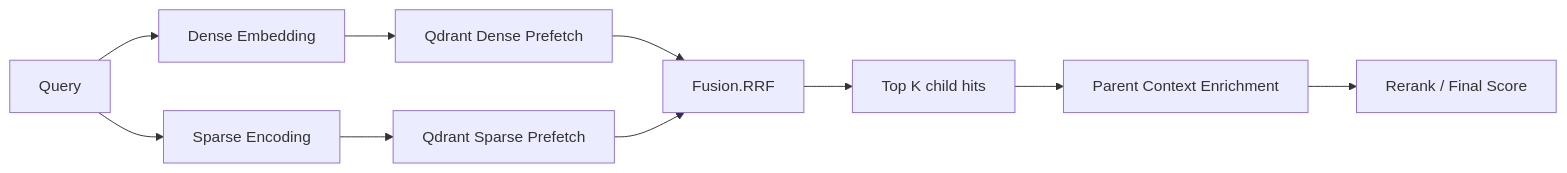
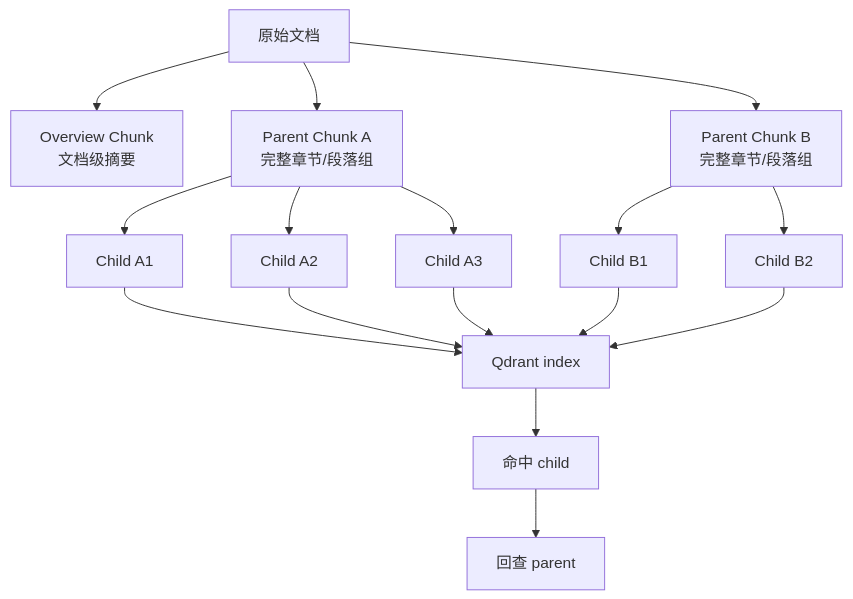
Diagram 13 of 27 in agent面试.md (Ordish-cell/InsightGap-Agent), drawn with Mermaid before and after one commit. The commit also changed other lines of this file and 16 other files, not shown here.

````diff
--- a/agent面试.md
+++ b/agent面试.md
@@ -1744,12 +955,18 @@
 ```mermaid
-flowchart LR
-    Q["Query"] --> DE["Dense Embedding"]
-    Q --> SE["Sparse Encoding"]
-    DE --> DP["Qdrant Dense Prefetch"]
-    SE --> SP["Qdrant Sparse Prefetch"]
-    DP --> RRF["Fusion.RRF"]
-    SP --> RRF
-    RRF --> TOP["Top K child hits"]
-    TOP --> PARENT["Parent Context Enrichment"]
-    PARENT --> RERANK["Rerank / Final Score"]
+flowchart TD
+    D["原始文档"] --> O["Overview Chunk<br/>文档级摘要"]
+    D --> P1["Parent Chunk A<br/>完整章节/段落组"]
+    D --> P2["Parent Chunk B<br/>完整章节/段落组"]
+    P1 --> C11["Child A1"]
+    P1 --> C12["Child A2"]
+    P1 --> C13["Child A3"]
+    P2 --> C21["Child B1"]
+    P2 --> C22["Child B2"]
+    C11 --> IDX["Qdrant index"]
+    C12 --> IDX
+    C13 --> IDX
+    C21 --> IDX
+    C22 --> IDX
+    IDX --> HIT["命中 child"]
+    HIT --> BACK["回查 parent"]
 ```
````
